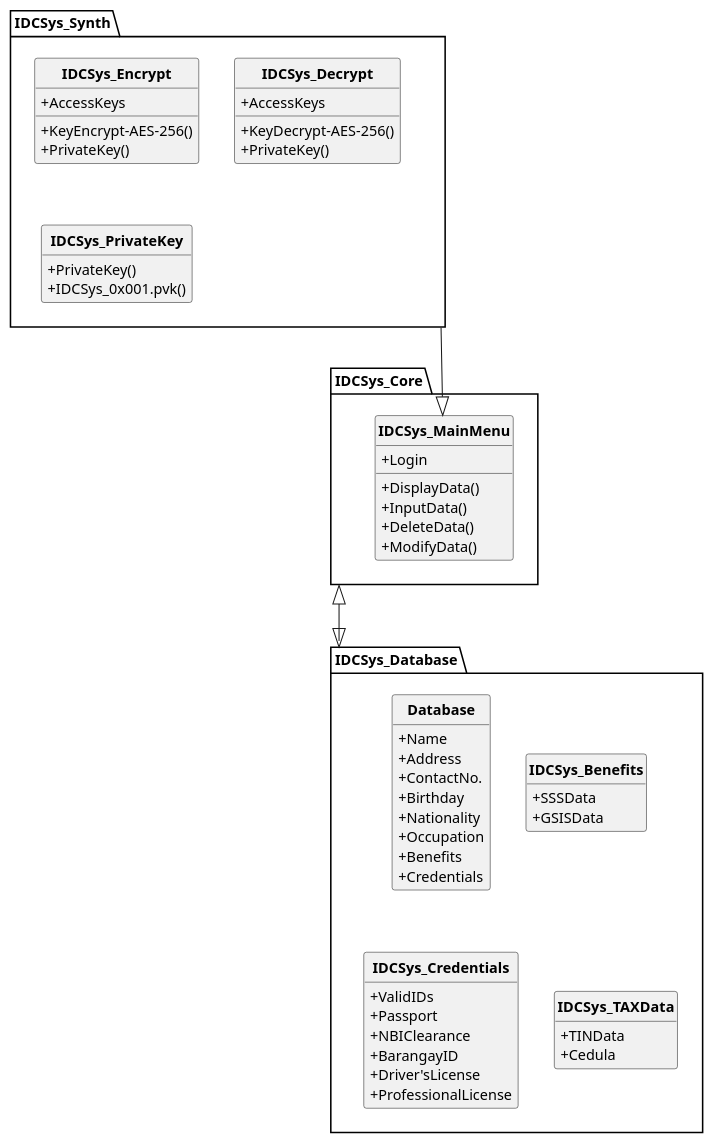
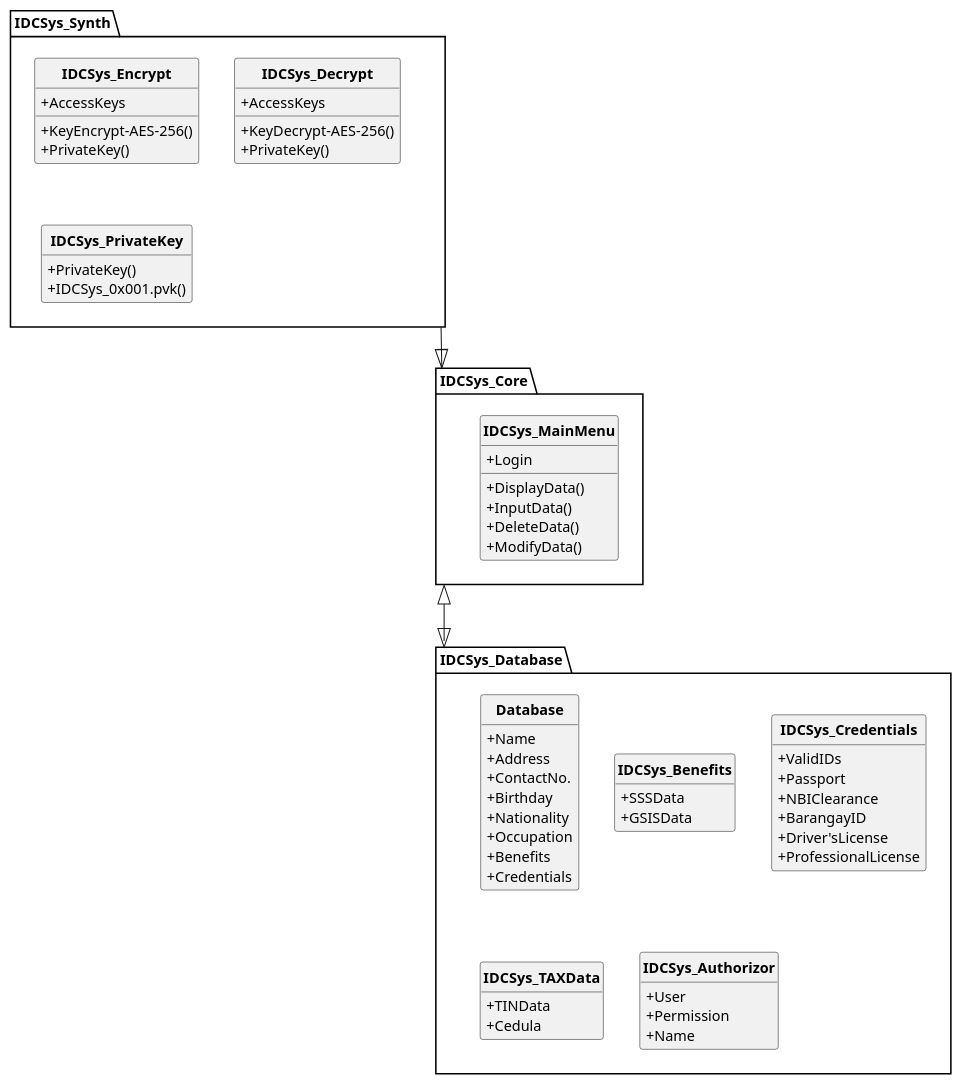
One commit to Fraxinus001/OOYellowProject changed the diagram in LXModuleID_Centralization_Sys.puml. Above: the diagram before and after it, drawn with PlantUML.

```diff
--- a/LXModuleID_Centralization_Sys.puml
+++ b/LXModuleID_Centralization_Sys.puml
@@ -1,64 +1,69 @@
 @startuml
 skinparam style strictuml
 skinparam classAttributeIconSize 0
 skinparam classFontStyle bold
 hide empty members
 
 hide empty methods
 
 package "IDCSys_Synth"{
 class "IDCSys_Encrypt"
 class "IDCSys_Decrypt"
 class "IDCSys_PrivateKey"
 "IDCSys_Encrypt" : +AccessKeys
 "IDCSys_Encrypt" : +KeyEncrypt-AES-256()
 "IDCSys_Encrypt" : +PrivateKey()
 "IDCSys_Decrypt" : +AccessKeys
 "IDCSys_Decrypt" : +KeyDecrypt-AES-256()
 "IDCSys_Decrypt" : +PrivateKey()
 "IDCSys_PrivateKey" : +PrivateKey()
 "IDCSys_PrivateKey" : +IDCSys_0x001.pvk()
 }
 
 package "IDCSys_Core"{
 class "IDCSys_MainMenu"
 "IDCSys_MainMenu" : +Login
 "IDCSys_MainMenu" : +DisplayData()
 "IDCSys_MainMenu" : +InputData()
 "IDCSys_MainMenu" : +DeleteData()
 "IDCSys_MainMenu" : +ModifyData()
+}
 
-"IDCSys_Synth" ---|> "IDCSys_MainMenu"
-}
+"IDCSys_Synth" ---|> "IDCSys_Core"
 
 package "IDCSys_Database"{
 class "Database"
 "Database" : +Name
 "Database" : +Address
 "Database" : +ContactNo.
 "Database" : +Birthday
 "Database" : +Nationality
 "Database" : +Occupation
 "Database" : +Benefits
 "Database" : +Credentials
 
 class "IDCSys_Benefits"
 "IDCSys_Benefits" : +SSSData
 "IDCSys_Benefits" : +GSISData
 
 class "IDCSys_Credentials"
 "IDCSys_Credentials" : +ValidIDs
 "IDCSys_Credentials" : +Passport
 "IDCSys_Credentials" : +NBIClearance
 "IDCSys_Credentials" : +BarangayID
 "IDCSys_Credentials" : +Driver'sLicense
 "IDCSys_Credentials" : +ProfessionalLicense
 
 class "IDCSys_TAXData"
 "IDCSys_TAXData" : +TINData
 "IDCSys_TAXData" : +Cedula
+
+class IDCSys_Authorizor
+"IDCSys_Authorizor" : +User
+"IDCSys_Authorizor" : +Permission
+"IDCSys_Authorizor" : +Name
 }
 
 "IDCSys_Core" <|---|> "IDCSys_Database"
 
 @enduml
```
